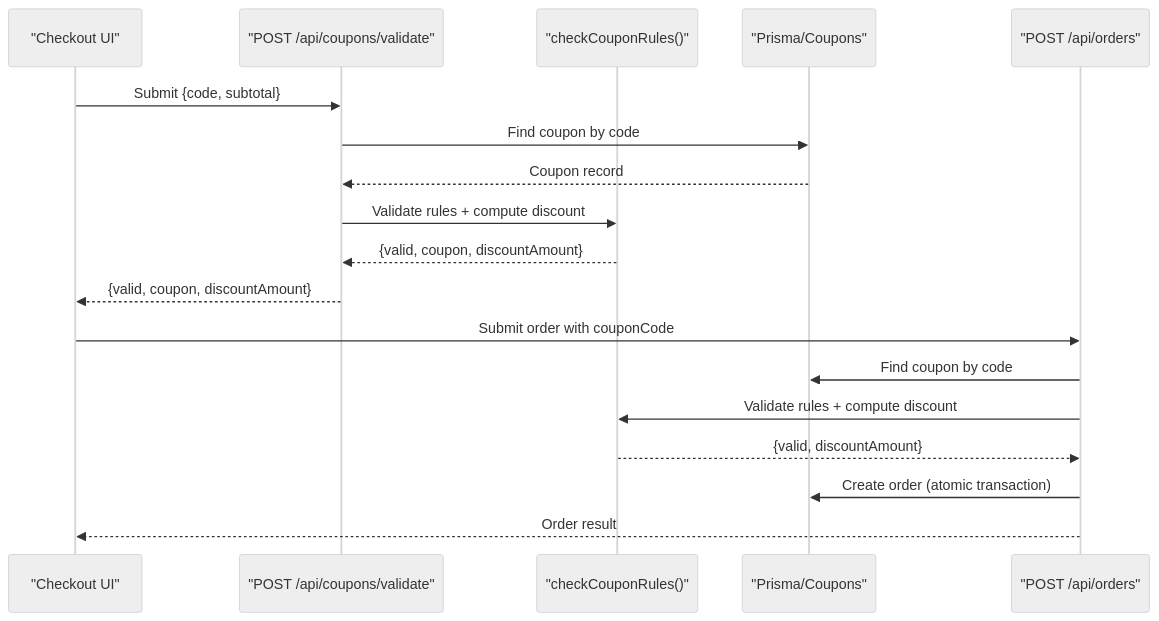
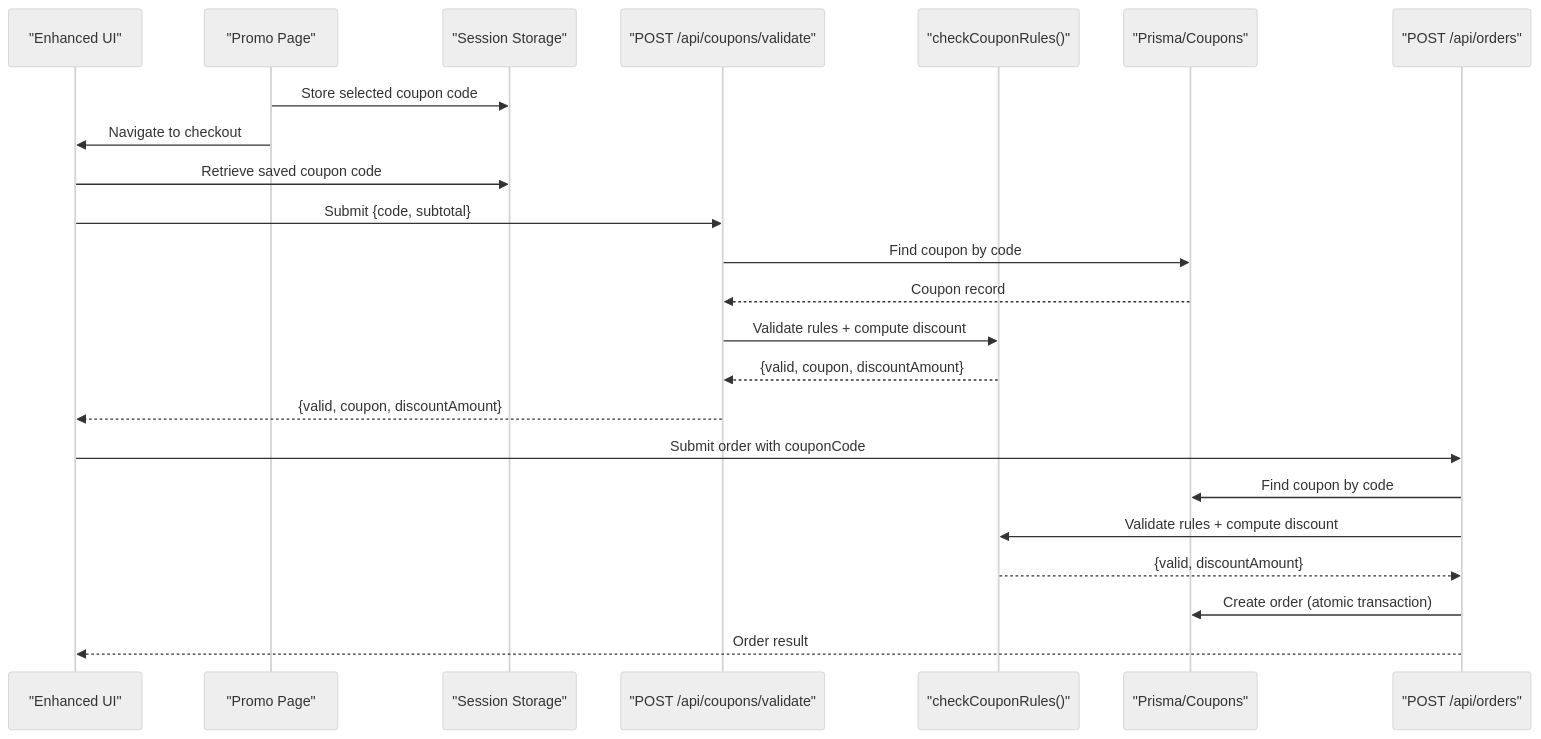
One commit to Ice-Nao-Eevee/Tera_Work changed the second of 11 diagrams in .qoder/repowiki/en/content/Core Features/Promotions & Coupons.md. Above: the diagram before and after it, drawn with Mermaid (neutral theme). The commit also changed other lines of this file and 49 other files, not shown here.

````diff
--- a/.qoder/repowiki/en/content/Core Features/Promotions & Coupons.md
+++ b/.qoder/repowiki/en/content/Core Features/Promotions & Coupons.md
@@ -124,20 +153,25 @@
 ```mermaid
 sequenceDiagram
-participant Client as "Checkout UI"
+participant Client as "Enhanced UI"
+participant PromoPage as "Promo Page"
+participant Session as "Session Storage"
 participant Validate as "POST /api/coupons/validate"
 participant Engine as "checkCouponRules()"
 participant DB as "Prisma/Coupons"
 participant Orders as "POST /api/orders"
+PromoPage->>Session : Store selected coupon code
+PromoPage->>Client : Navigate to checkout
+Client->>Session : Retrieve saved coupon code
 Client->>Validate : Submit {code, subtotal}
 Validate->>DB : Find coupon by code
 DB-->>Validate : Coupon record
 Validate->>Engine : Validate rules + compute discount
 Engine-->>Validate : {valid, coupon, discountAmount}
 Validate-->>Client : {valid, coupon, discountAmount}
 Client->>Orders : Submit order with couponCode
 Orders->>DB : Find coupon by code
 Orders->>Engine : Validate rules + compute discount
 Engine-->>Orders : {valid, discountAmount}
 Orders->>DB : Create order (atomic transaction)
 Orders-->>Client : Order result
 ```
````
